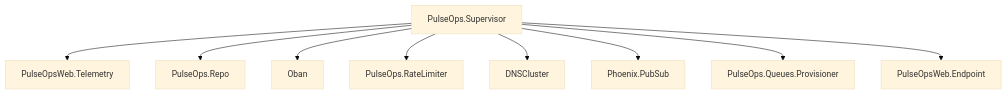
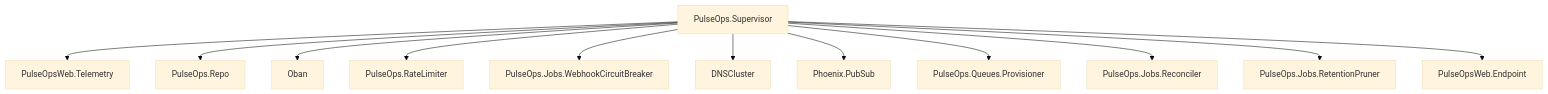
One commit to Defyland/pulseops-elixir-job-platform changed the diagram in docs/architecture/supervision-tree.md. Above: the diagram before and after it, drawn with Mermaid (base theme). The commit also changed other lines of this file and 8 other files, not shown here.

````diff
--- a/docs/architecture/supervision-tree.md
+++ b/docs/architecture/supervision-tree.md
@@ -3,11 +3,14 @@
 ```mermaid
 graph TD
   A["PulseOps.Supervisor"] --> B["PulseOpsWeb.Telemetry"]
   A --> C["PulseOps.Repo"]
   A --> D["Oban"]
   A --> E["PulseOps.RateLimiter"]
-  A --> F["DNSCluster"]
-  A --> G["Phoenix.PubSub"]
-  A --> H["PulseOps.Queues.Provisioner"]
-  A --> I["PulseOpsWeb.Endpoint"]
+  A --> F["PulseOps.Jobs.WebhookCircuitBreaker"]
+  A --> G["DNSCluster"]
+  A --> H["Phoenix.PubSub"]
+  A --> I["PulseOps.Queues.Provisioner"]
+  A --> J["PulseOps.Jobs.Reconciler"]
+  A --> K["PulseOps.Jobs.RetentionPruner"]
+  A --> L["PulseOpsWeb.Endpoint"]
 ```
````
